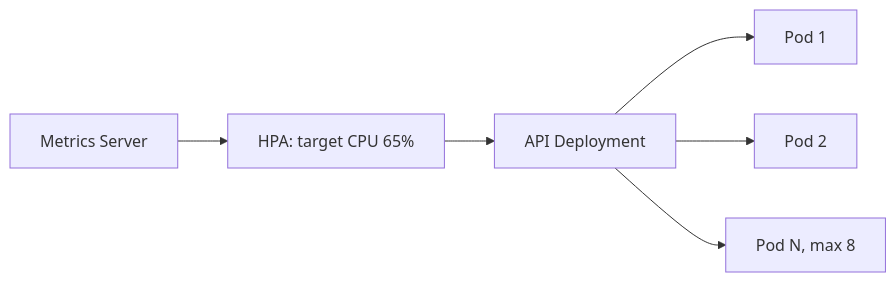
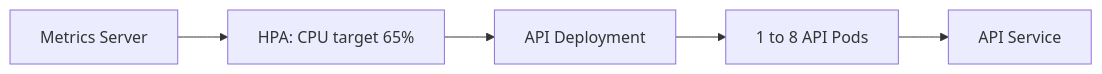
Before and after one commit to Jstarzz/geotagger: the seventh of 14 diagrams in docs/KUBERNETES.md, drawn with Mermaid. The commit also changed other lines of this file, not shown here.

Commit message:
docs: fix Mermaid and tighten Kubernetes guide

````diff
--- a/docs/KUBERNETES.md
+++ b/docs/KUBERNETES.md
@@ -266,8 +159,7 @@
 ```mermaid
 flowchart LR
-    METRICS[Metrics Server] --> HPA[HPA: target CPU 65%]
-    HPA --> DEPLOY[API Deployment]
-    DEPLOY --> P1[Pod 1]
-    DEPLOY --> P2[Pod 2]
-    DEPLOY --> PN[Pod N, max 8]
+    METRICS["Metrics Server"] --> HPA["HPA: CPU target 65%"]
+    HPA --> DEPLOY["API Deployment"]
+    DEPLOY --> PODS["1 to 8 API Pods"]
+    PODS --> SVC["API Service"]
 ```
````
